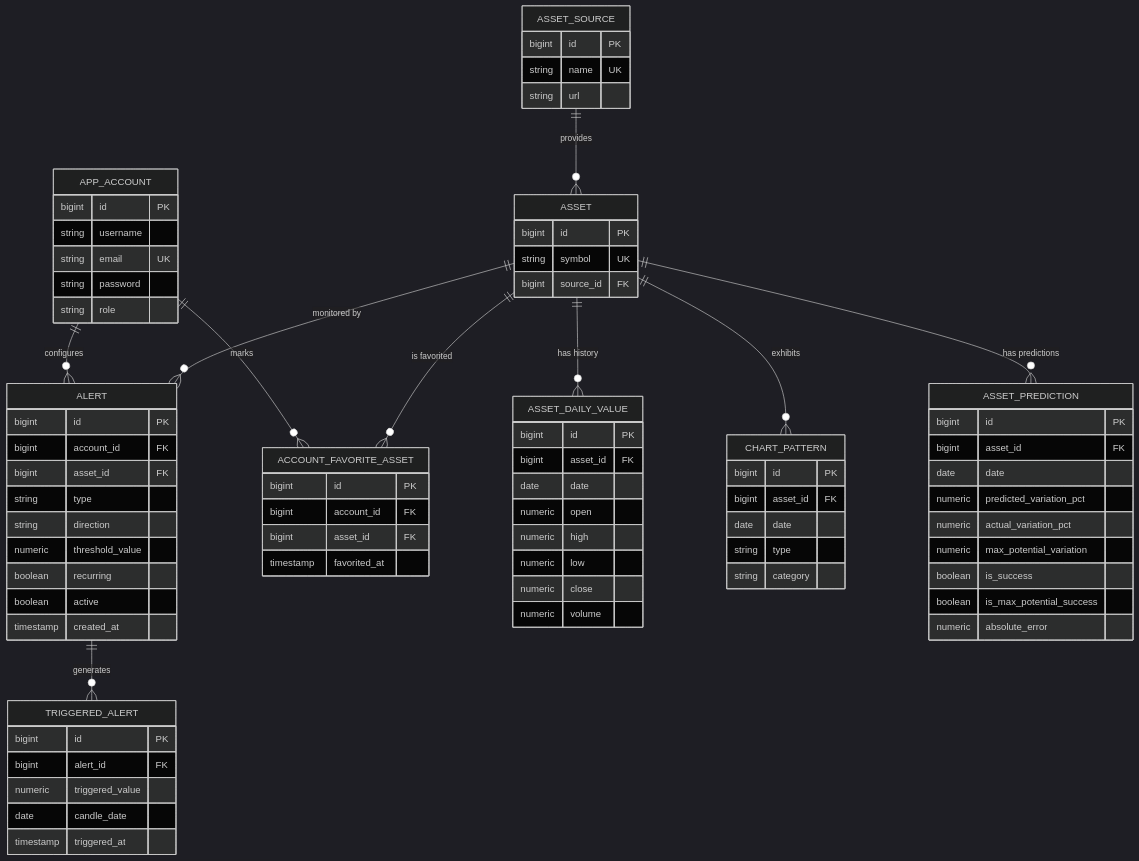
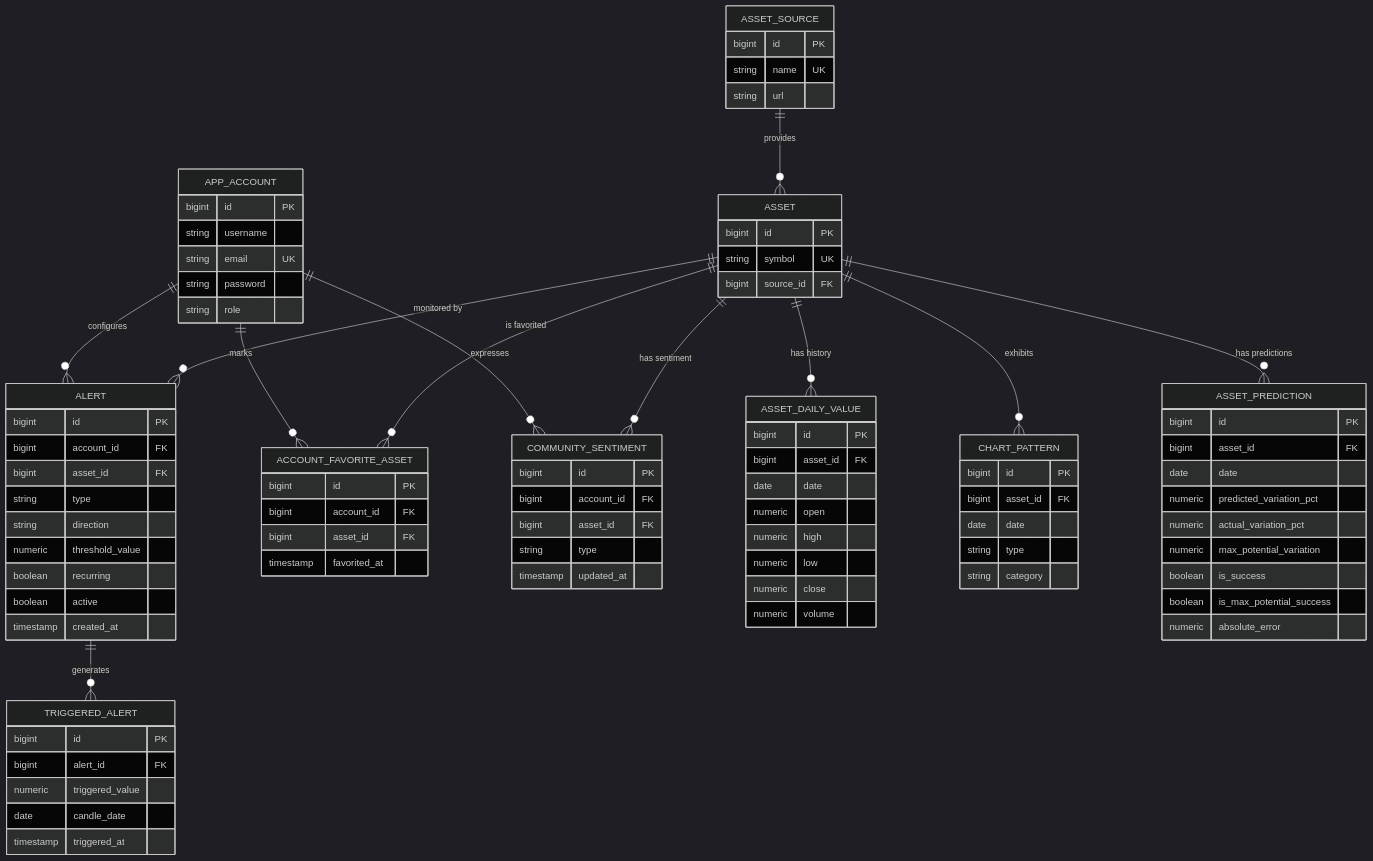
The diagram in DB.md (univ-smb-m1-isc-2026/your-trading-assistant-api), drawn with Mermaid (dark theme) before and after one commit. The commit also changed other lines of this file and 11 other files, not shown here.

Commit message:
feat: add community sentiment

```diff
--- a/DB.md
+++ b/DB.md
@@ -8,12 +8,14 @@
 erDiagram
     APP_ACCOUNT ||--o{ ALERT : "configures"
     APP_ACCOUNT ||--o{ ACCOUNT_FAVORITE_ASSET : "marks"
+    APP_ACCOUNT ||--o{ COMMUNITY_SENTIMENT : "expresses"
     ASSET_SOURCE ||--o{ ASSET : "provides"
     ASSET ||--o{ ASSET_DAILY_VALUE : "has history"
     ASSET ||--o{ ALERT : "monitored by"
     ASSET ||--o{ ACCOUNT_FAVORITE_ASSET : "is favorited"
     ASSET ||--o{ CHART_PATTERN : "exhibits"
     ASSET ||--o{ ASSET_PREDICTION : "has predictions"
+    ASSET ||--o{ COMMUNITY_SENTIMENT : "has sentiment"
     ALERT ||--o{ TRIGGERED_ALERT : "generates"
 
     APP_ACCOUNT {
@@ -74,6 +76,13 @@
         bigint asset_id FK
         timestamp favorited_at
     }
+    COMMUNITY_SENTIMENT {
+        bigint id PK
+        bigint account_id FK
+        bigint asset_id FK
+        string type
+        timestamp updated_at
+    }
     ASSET_PREDICTION {
         bigint id PK
         bigint asset_id FK
```
